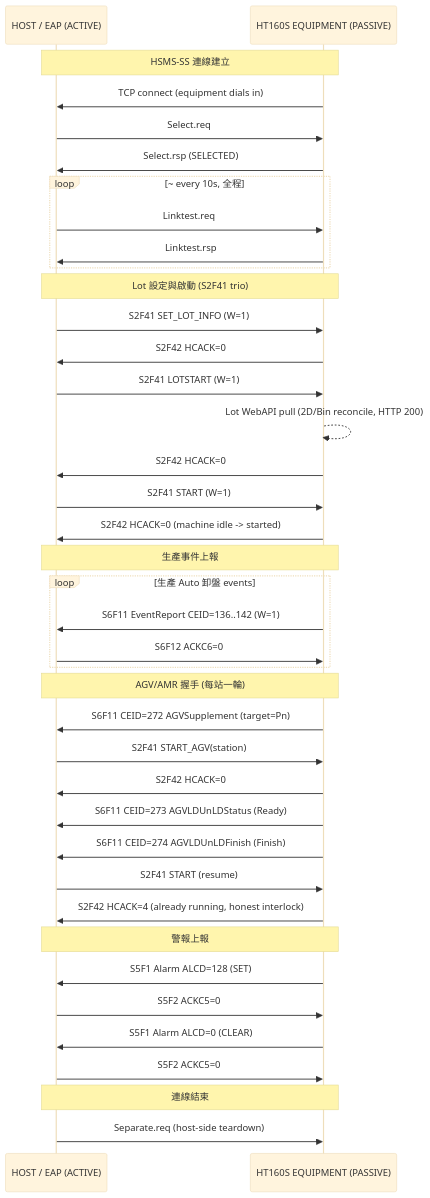
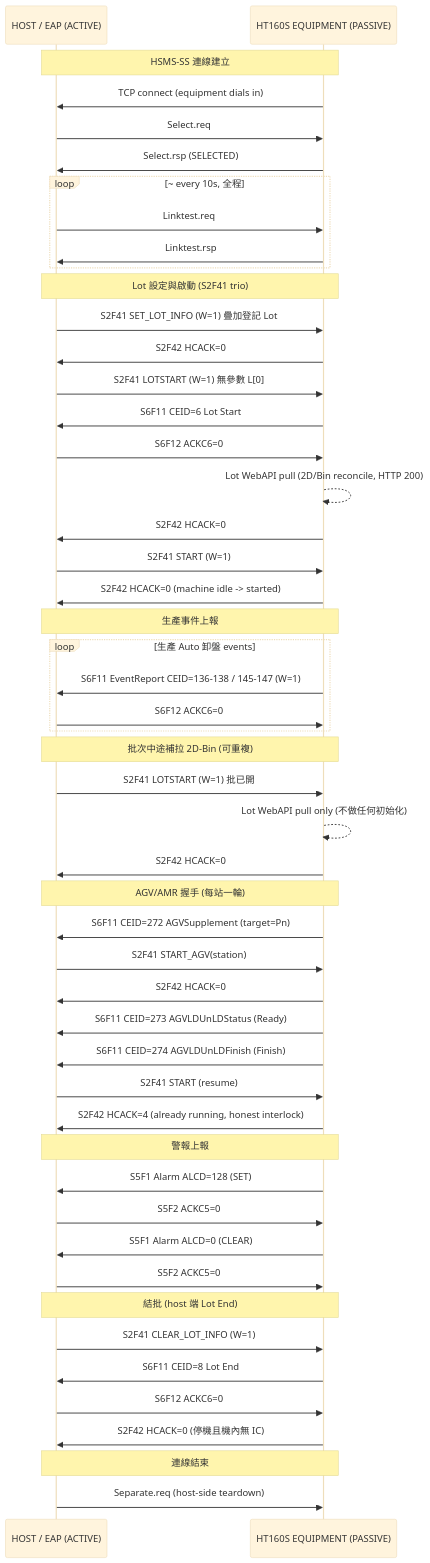
One commit to HPI-Jimmy-Chiu/HT160S_BCB changed the diagram in docs/SECS/HT160S_SECS_Comm_Examples.md. Above: the diagram before and after it, drawn with Mermaid (base theme). The commit also changed other lines of this file and 13 other files, not shown here.

````diff
--- a/docs/SECS/HT160S_SECS_Comm_Examples.md
+++ b/docs/SECS/HT160S_SECS_Comm_Examples.md
@@ -79,47 +83,60 @@
 ```mermaid
 sequenceDiagram
     participant H as HOST / EAP (ACTIVE)
     participant E as HT160S EQUIPMENT (PASSIVE)
 
     Note over H,E: HSMS-SS 連線建立
     E->>H: TCP connect (equipment dials in)
     H->>E: Select.req
     E->>H: Select.rsp (SELECTED)
     loop ~ every 10s, 全程
         H->>E: Linktest.req
         E->>H: Linktest.rsp
     end
 
     Note over H,E: Lot 設定與啟動 (S2F41 trio)
-    H->>E: S2F41 SET_LOT_INFO (W=1)
+    H->>E: S2F41 SET_LOT_INFO (W=1) 疊加登記 Lot
     E->>H: S2F42 HCACK=0
-    H->>E: S2F41 LOTSTART (W=1)
+    H->>E: S2F41 LOTSTART (W=1) 無參數 L[0]
+    E->>H: S6F11 CEID=6 Lot Start
+    H->>E: S6F12 ACKC6=0
     E-->>E: Lot WebAPI pull (2D/Bin reconcile, HTTP 200)
     E->>H: S2F42 HCACK=0
     H->>E: S2F41 START (W=1)
     E->>H: S2F42 HCACK=0 (machine idle -> started)
 
     Note over H,E: 生產事件上報
     loop 生產 Auto 卸盤 events
-        E->>H: S6F11 EventReport CEID=136..142 (W=1)
+        E->>H: S6F11 EventReport CEID=136-138 / 145-147 (W=1)
         H->>E: S6F12 ACKC6=0
     end
+
+    Note over H,E: 批次中途補拉 2D-Bin (可重複)
+    H->>E: S2F41 LOTSTART (W=1) 批已開
+    E-->>E: Lot WebAPI pull only (不做任何初始化)
+    E->>H: S2F42 HCACK=0
 
     Note over H,E: AGV/AMR 握手 (每站一輪)
     E->>H: S6F11 CEID=272 AGVSupplement (target=Pn)
     H->>E: S2F41 START_AGV(station)
     E->>H: S2F42 HCACK=0
     E->>H: S6F11 CEID=273 AGVLDUnLDStatus (Ready)
     E->>H: S6F11 CEID=274 AGVLDUnLDFinish (Finish)
     H->>E: S2F41 START (resume)
     E->>H: S2F42 HCACK=4 (already running, honest interlock)
 
     Note over H,E: 警報上報
     E->>H: S5F1 Alarm ALCD=128 (SET)
     H->>E: S5F2 ACKC5=0
     E->>H: S5F1 Alarm ALCD=0 (CLEAR)
     H->>E: S5F2 ACKC5=0
 
+    Note over H,E: 結批 (host 端 Lot End)
+    H->>E: S2F41 CLEAR_LOT_INFO (W=1)
+    E->>H: S6F11 CEID=8 Lot End
+    H->>E: S6F12 ACKC6=0
+    E->>H: S2F42 HCACK=0 (停機且機內無 IC)
+
     Note over H,E: 連線結束
     H->>E: Separate.req (host-side teardown)
 ```
````
